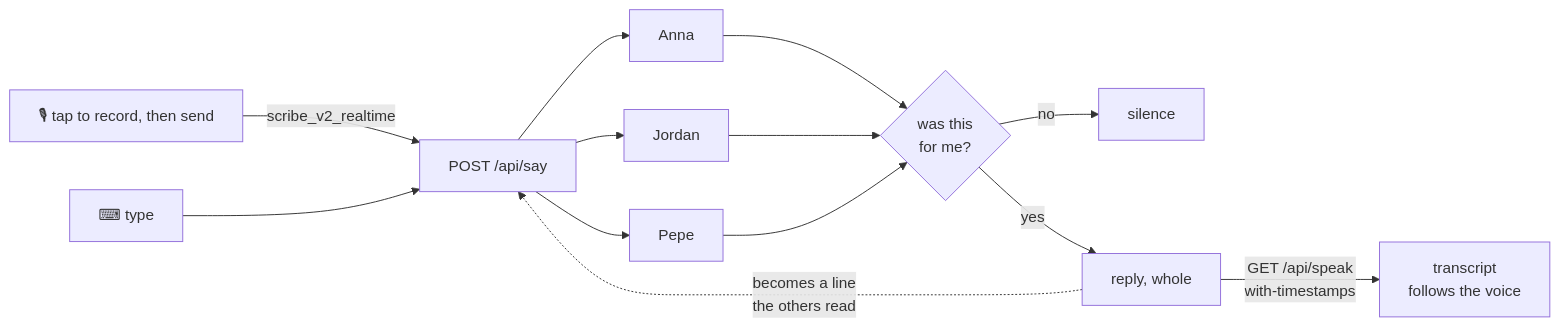
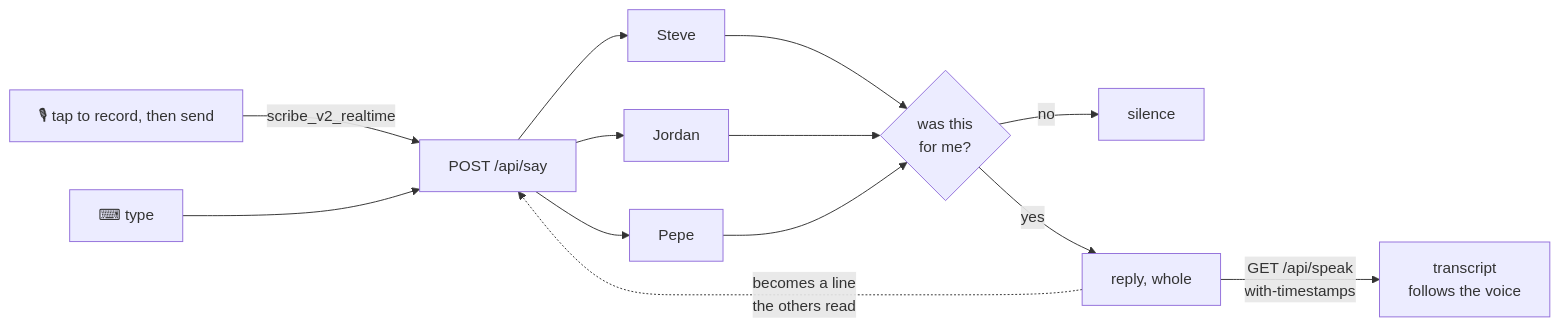
Before and after one commit to humanagent/voice-group-chat: the diagram in README.md, drawn with Mermaid. The commit also changed other lines of this file and 52 other files, not shown here.

First line of the commit message:
Anna is Steve (#28)

````diff
--- a/README.md
+++ b/README.md
@@ -57,20 +57,20 @@
 ```mermaid
 flowchart LR
   mic["🎙 tap to record, then send"] -->|scribe_v2_realtime| say
   type["⌨ type"] --> say["POST /api/say"]
 
-  say --> anna["Anna"]
+  say --> steve["Steve"]
   say --> jordan["Jordan"]
   say --> pepe["Pepe"]
 
-  anna --> gate{"was this<br/>for me?"}
+  steve --> gate{"was this<br/>for me?"}
   jordan --> gate
   pepe --> gate
 
   gate -->|no| quiet["silence"]
   gate -->|yes| reply["reply, whole"]
 
   reply -->|"GET /api/speak<br/>with-timestamps"| room["transcript<br/>follows the voice"]
 
   reply -.->|becomes a line<br/>the others read| say
 ```
````
